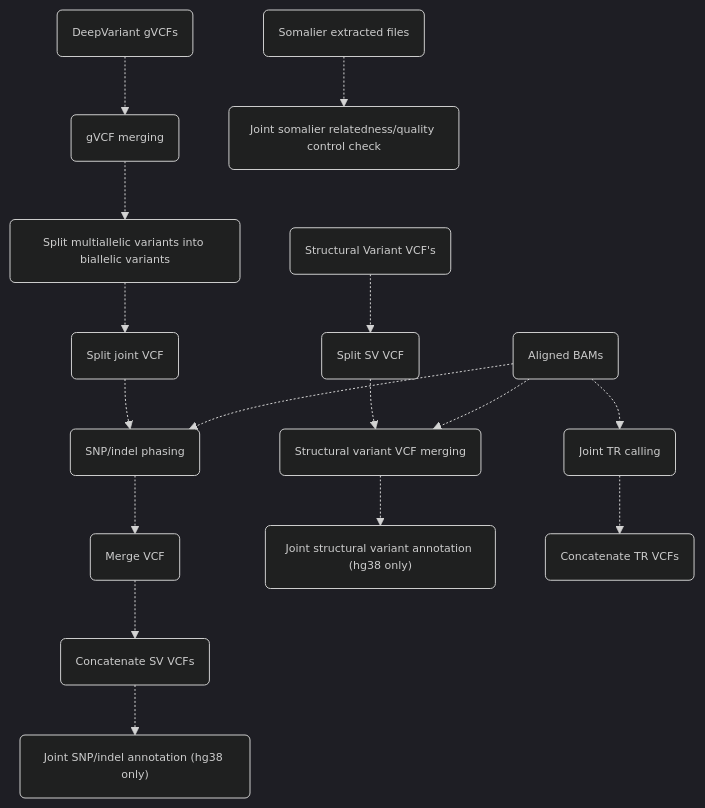
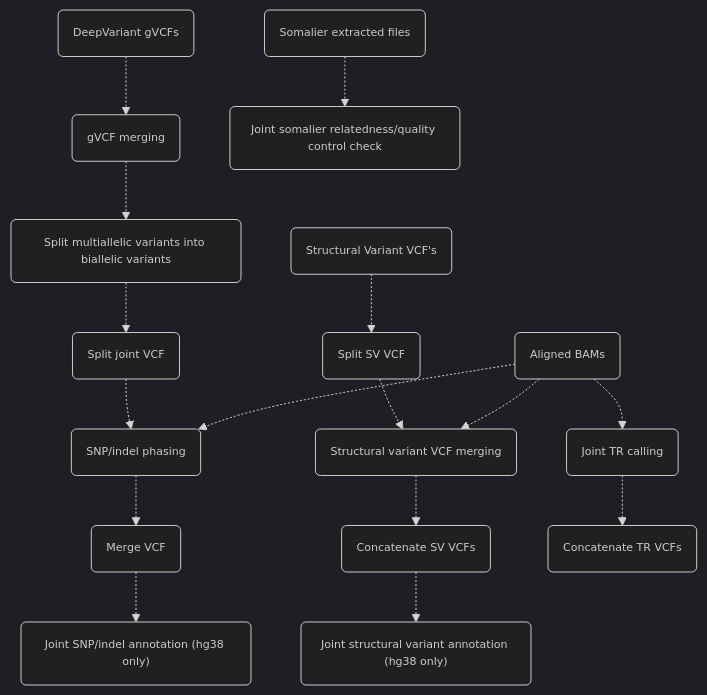
The diagram in docs/popface/info.md (leahkemp/pipeface), drawn with Mermaid before and after one commit.

Commit message:
donked it again

````diff
--- a/docs/popface/info.md
+++ b/docs/popface/info.md
@@ -5,30 +5,30 @@
 ```mermaid
 %%{init:{'theme':'dark','themeVariables':{'fontSize':'11px'}}}%%
 flowchart TB
 
 input_gvcf("DeepVariant gVCFs")
 input_bam("Aligned BAMs")
 input_svs("Structural Variant VCF's")
 gvcf_merging("gVCF merging")
 joint_split_multiallele("Split multiallelic variants into biallelic variants")
 split_vcf("Split joint VCF")
 snp_indel_phasing("SNP/indel phasing")
 merge_vcf("Merge VCF")
 joint_snp_indel_annotation("Joint SNP/indel annotation (hg38 only)")
 split_sv_vcf("Split SV VCF")
 sv_vcf_merging("Structural variant VCF merging")
 concat_sv_vcf("Concatenate SV VCFs")
 joint_sv_annotation("Joint structural variant annotation (hg38 only)")
 joint_tr_calling("Joint TR calling")
 concat_tr_vcf("Concatenate TR VCFs")
 input_somalier("Somalier extracted files")
 joint_somalier("Joint somalier relatedness/quality control check")
 
-input_gvcf-.->gvcf_merging-.->joint_split_multiallele-.->split_vcf-.->snp_indel_phasing-.->merge_vcf-.->concat_sv_vcf-.->joint_snp_indel_annotation
+input_gvcf-.->gvcf_merging-.->joint_split_multiallele-.->split_vcf-.->snp_indel_phasing-.->merge_vcf-.->joint_snp_indel_annotation
 input_bam-.->snp_indel_phasing
-input_svs-.->split_sv_vcf-.->sv_vcf_merging-.->joint_sv_annotation
+input_svs-.->split_sv_vcf-.->sv_vcf_merging-.->concat_sv_vcf-.->joint_sv_annotation
 input_bam-.->sv_vcf_merging
 input_bam-.->joint_tr_calling-.->concat_tr_vcf
 input_somalier-.->joint_somalier
 
 ```
````
